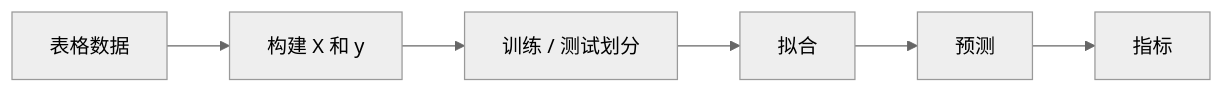
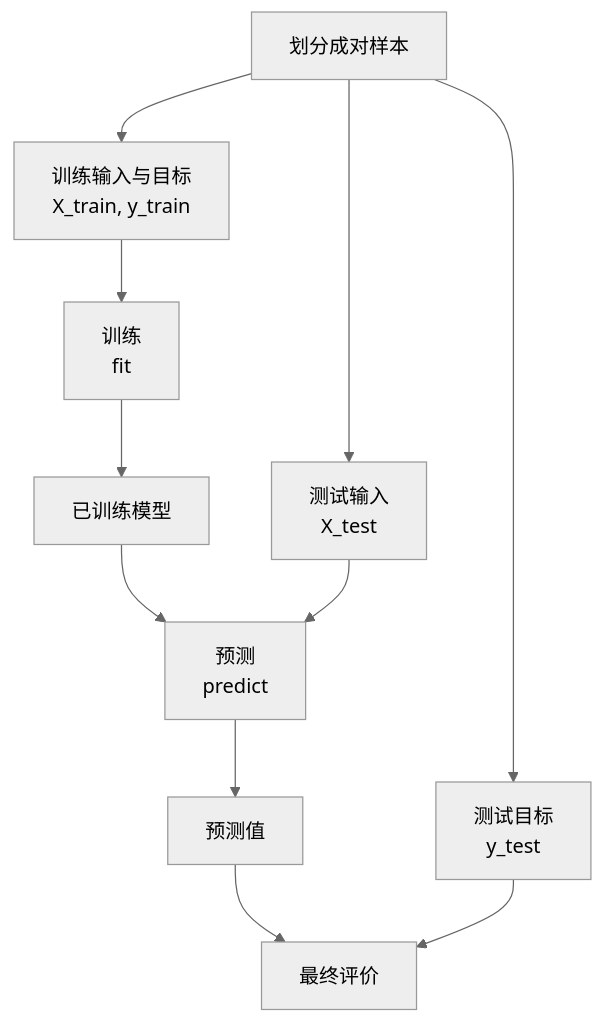
The diagram in docs/assets/part-02/chapter-15/ml-reading-flow-zh.mmd (devchan64/AiBook), drawn with Mermaid (neutral theme) before and after one commit. The commit also changed 22 other files, not shown here.

```diff
--- a/docs/assets/part-02/chapter-15/ml-reading-flow-zh.mmd
+++ b/docs/assets/part-02/chapter-15/ml-reading-flow-zh.mmd
@@ -1,9 +1,14 @@
-flowchart LR
-    table["表格数据"]
-    xy["构建 X 和 y"]
-    split["训练 / 测试划分"]
-    拟合["拟合"]
-    预测["预测"]
-    指标["指标"]
+flowchart TD
+  A["划分成对样本"]
+  B["训练输入与目标<br/>X_train, y_train"]
+  C["训练<br/>fit"]
+  D["已训练模型"]
+  E["测试输入<br/>X_test"]
+  F["预测<br/>predict"]
+  G["预测值"]
+  H["测试目标<br/>y_test"]
+  I["最终评价"]
 
-    table --> xy --> split --> 拟合 --> 预测 --> 指标
+  A --> B --> C --> D --> F --> G --> I
+  A --> E --> F
+  A --> H --> I
```
